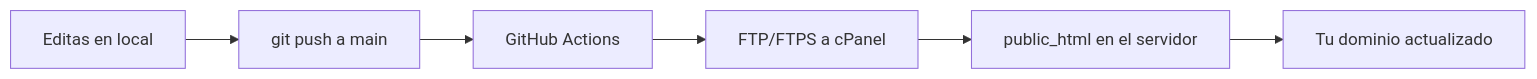
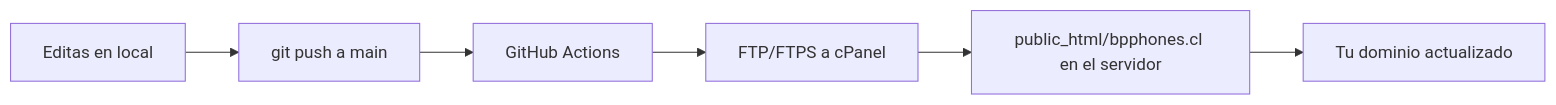
The diagram in DEPLOY_CPANEL.md (tomydominguez23/blackpink), drawn with Mermaid before and after one commit. The commit also changed other lines of this file and 2 other files, not shown here.

First line of the commit message:
FTP: desplegar a public_html/bpphones.cl por defecto

````diff
--- a/DEPLOY_CPANEL.md
+++ b/DEPLOY_CPANEL.md
@@ -7,8 +7,8 @@
 ```mermaid
 flowchart LR
   A[Editas en local] --> B[git push a main]
   B --> C[GitHub Actions]
   C --> D[FTP/FTPS a cPanel]
-  D --> E[public_html en el servidor]
+  D --> E[public_html/bpphones.cl en el servidor]
   E --> F[Tu dominio actualizado]
 ```
````
